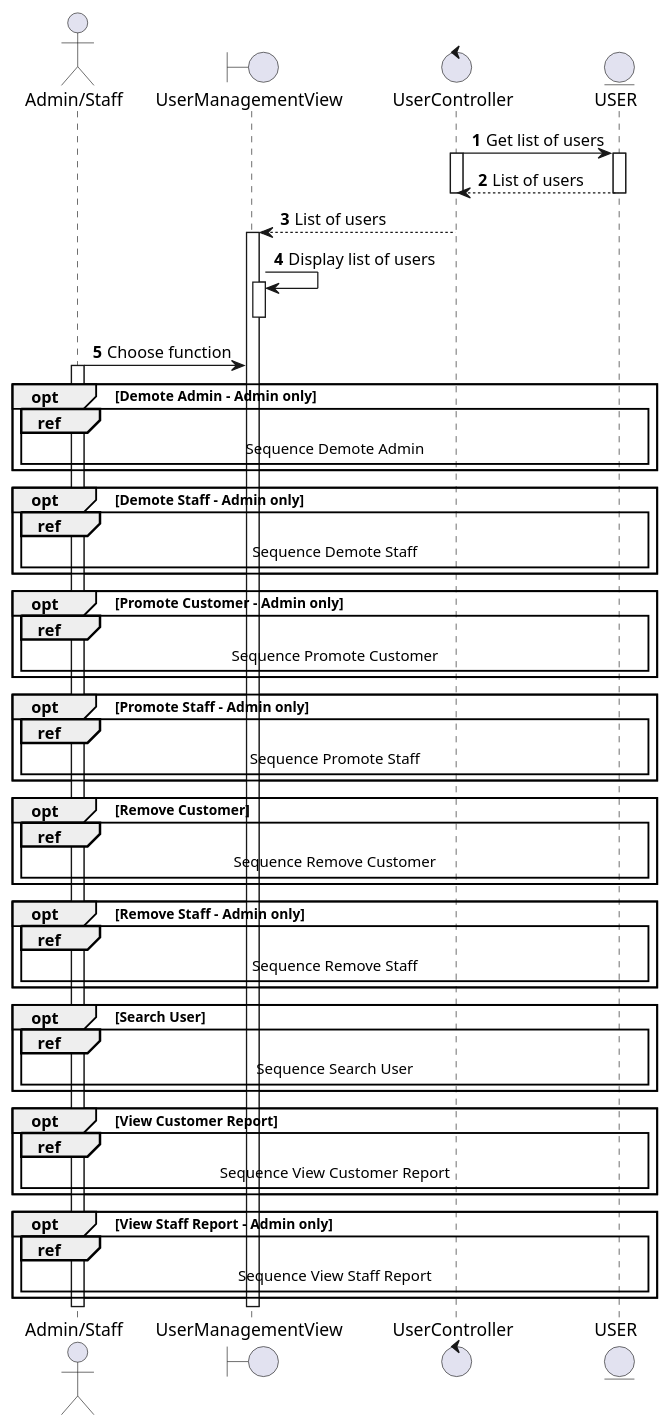
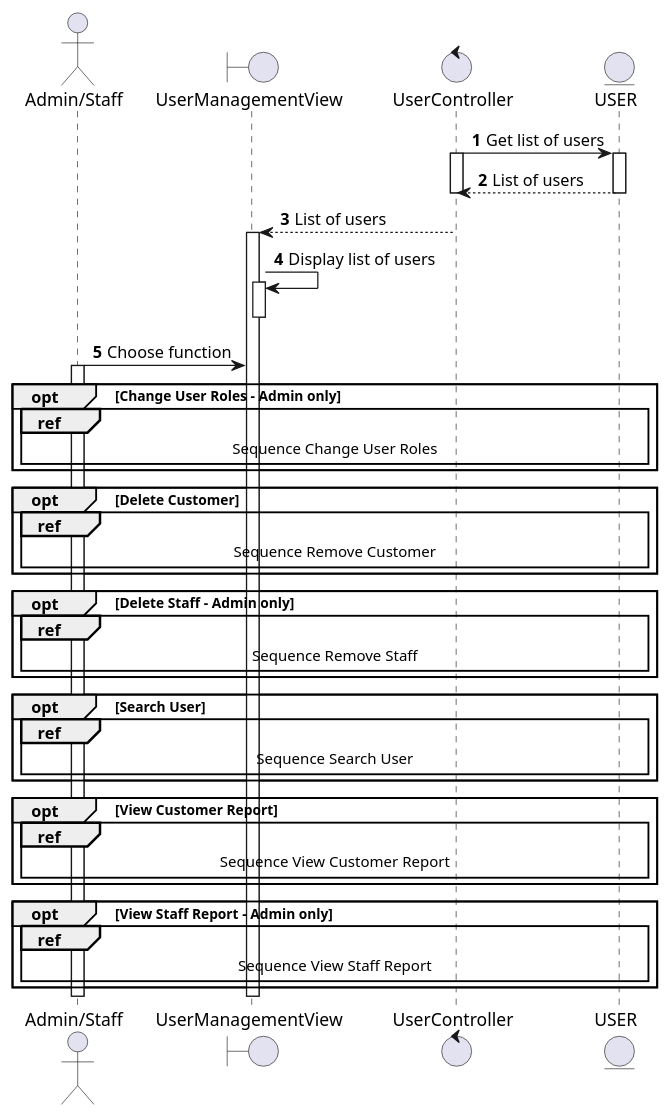
The diagram in docs/docs/sequence/manage-user/manage-user.md (electricilies/electricilies.github.io), drawn with PlantUML before and after one commit. The commit also changed 10 other files, not shown here.

Commit message:
chore: add new change-user-roles use case

````diff
--- a/docs/docs/sequence/manage-user/manage-user.md
+++ b/docs/docs/sequence/manage-user/manage-user.md
@@ -3,64 +3,52 @@
 ```plantuml
 @startuml
 autonumber
 
 actor "Admin/Staff" as AS
 boundary UserManagementView as UMV
 control UserController as UC
 entity USER as U
 
 UC -> U: Get list of users
 activate UC
 activate U
 UC <-- U: List of users
 deactivate U
 deactivate UC
 UMV <-- UC: List of users
 activate UMV
 UMV -> UMV: Display list of users
 activate UMV
 deactivate UMV
 AS -> UMV: Choose function
 activate AS
 
-opt Demote Admin - Admin only
-  ref over AS, U: Sequence Demote Admin
+opt Change User Roles - Admin only
+  ref over AS, U: Sequence Change User Roles
 end
 
-opt Demote Staff - Admin only
-  ref over AS, U: Sequence Demote Staff
-end
-
-opt Promote Customer - Admin only
-  ref over AS, U: Sequence Promote Customer
-end
-
-opt Promote Staff - Admin only
-  ref over AS, U: Sequence Promote Staff
-end
-
-opt Remove Customer
+opt Delete Customer
   ref over AS, U: Sequence Remove Customer
 end
 
-opt Remove Staff - Admin only
+opt Delete Staff - Admin only
   ref over AS, U: Sequence Remove Staff
 end
 
 opt Search User
   ref over AS, U: Sequence Search User
 end
 
 opt View Customer Report
   ref over AS, U: Sequence View Customer Report
 end
 
 opt View Staff Report - Admin only
   ref over AS, U: Sequence View Staff Report
 end
 
 deactivate UMV
 deactivate AS
 
 @enduml
 ```
````
